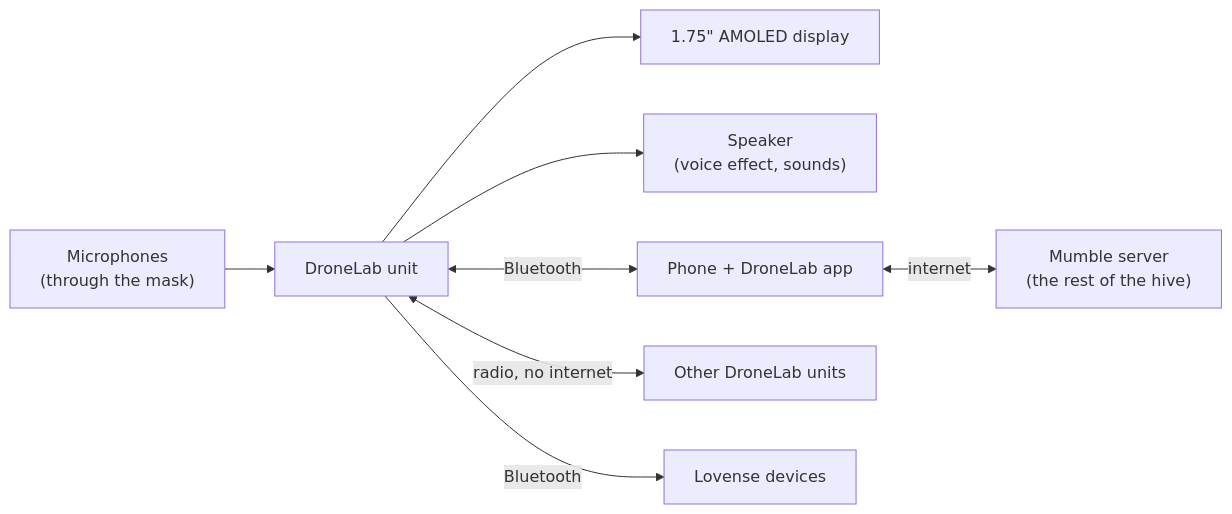
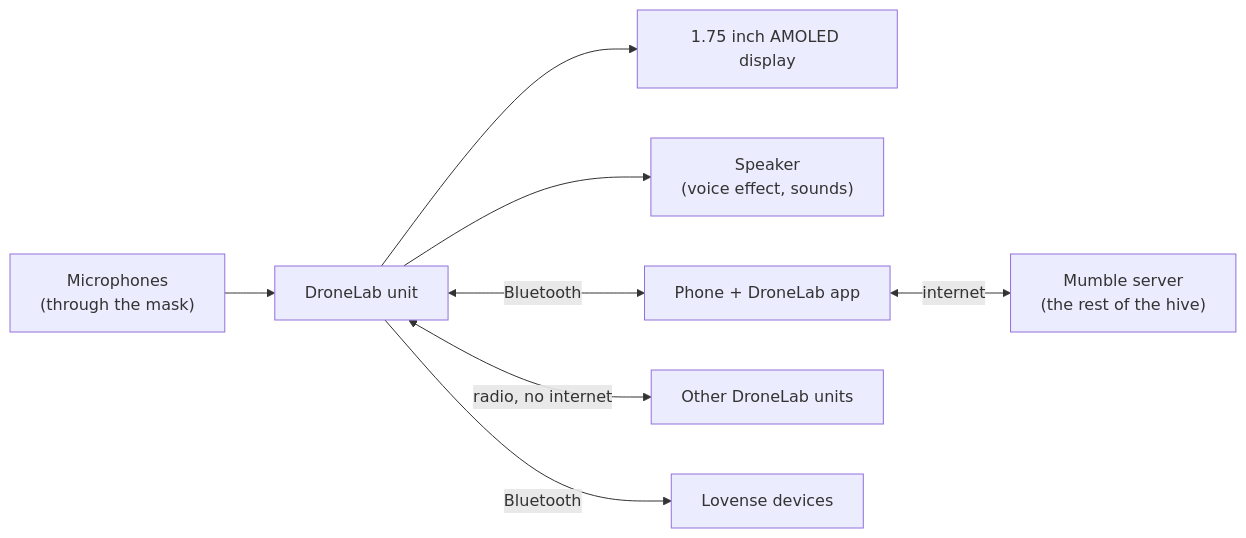
One commit to rcat3/DroneLab changed the diagram in README.md. Above: the diagram before and after it, drawn with Mermaid. The commit also changed other lines of this file and 1 other file, not shown here.

````diff
--- a/README.md
+++ b/README.md
@@ -70,10 +89,10 @@
 ```mermaid
 flowchart LR
     mic["Microphones<br>(through the mask)"] --> board["DroneLab unit"]
-    board --> screen["1.75&quot; AMOLED display"]
+    board --> screen["1.75 inch AMOLED display"]
     board --> speaker["Speaker<br>(voice effect, sounds)"]
     board <-- "Bluetooth" --> phone["Phone + DroneLab app"]
     phone <-- "internet" --> server["Mumble server<br>(the rest of the hive)"]
     board <-- "radio, no internet" --> others["Other DroneLab units"]
     board -- "Bluetooth" --> toys["Lovense devices"]
 ```
````
